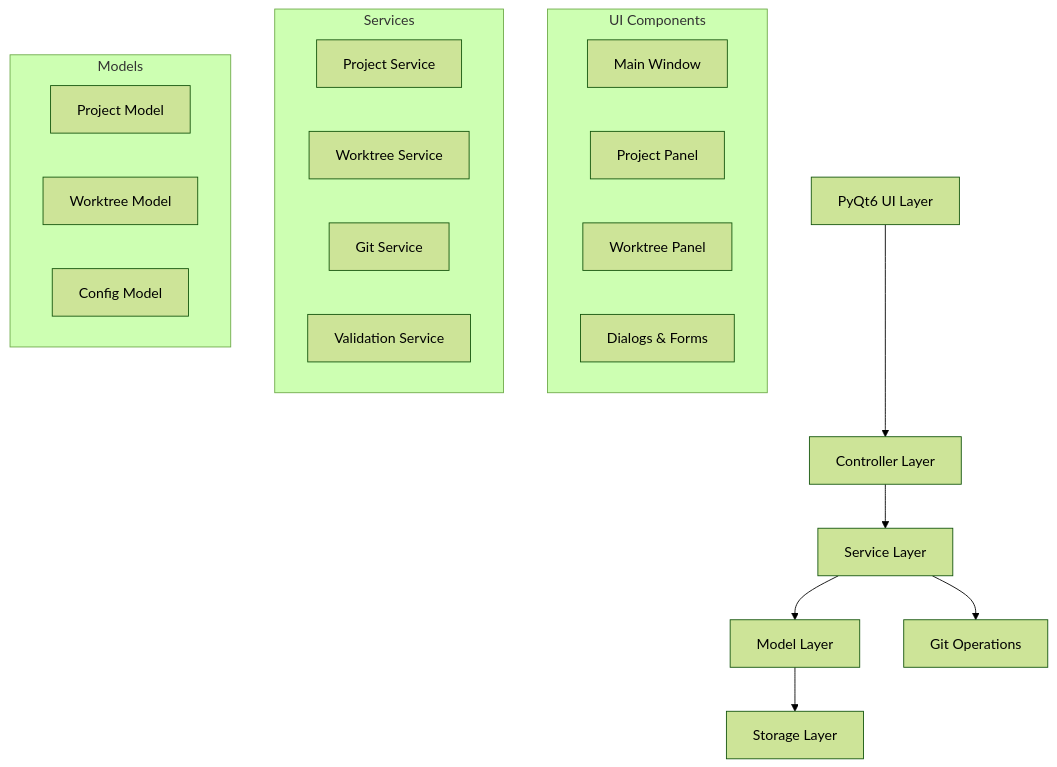
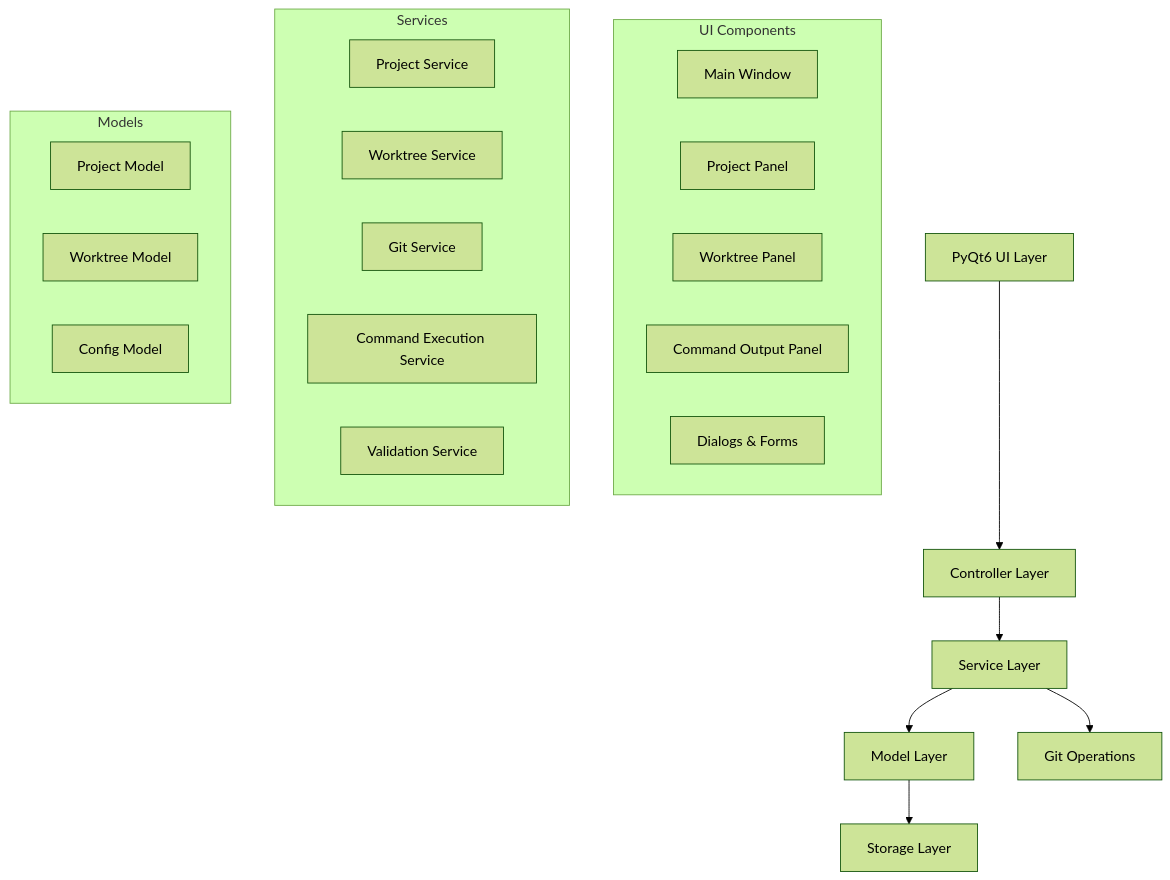
The diagram in .kiro/specs/git-worktree-manager/design.md (namuan/wt-manager), drawn with Mermaid (forest theme) before and after one commit. The commit also changed other lines of this file and 1 other file, not shown here.

First line of the commit message:
feat(command-execution): add command execution feature to worktree manager

````diff
--- a/.kiro/specs/git-worktree-manager/design.md
+++ b/.kiro/specs/git-worktree-manager/design.md
@@ -19,35 +19,37 @@
 ```mermaid
 graph TB
     UI[PyQt6 UI Layer]
     Controller[Controller Layer]
     Service[Service Layer]
     Model[Model Layer]
     Storage[Storage Layer]
     Git[Git Operations]
 
     UI --> Controller
     Controller --> Service
     Service --> Model
     Service --> Git
     Model --> Storage
 
     subgraph "UI Components"
         MainWindow[Main Window]
         ProjectPanel[Project Panel]
         WorktreePanel[Worktree Panel]
+        CommandPanel[Command Output Panel]
         Dialogs[Dialogs & Forms]
     end
 
     subgraph "Services"
         ProjectService[Project Service]
         WorktreeService[Worktree Service]
         GitService[Git Service]
+        CommandService[Command Execution Service]
         ValidationService[Validation Service]
     end
 
     subgraph "Models"
         ProjectModel[Project Model]
         WorktreeModel[Worktree Model]
         ConfigModel[Config Model]
     end
 ```
````
